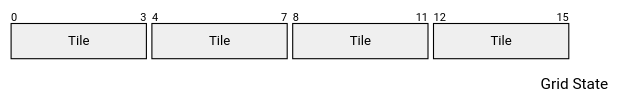
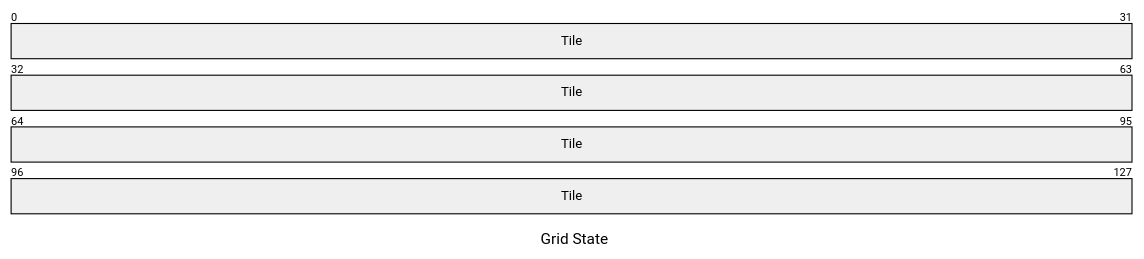
Before and after one commit to Articunolies/CMPM-121-Final: the first of 4 diagrams in README.md, drawn with Mermaid. The commit also changed other lines of this file, not shown here.

Commit message:
Edited mermaid packet diagrams

````diff
--- a/README.md
+++ b/README.md
@@ -13,8 +13,8 @@
 ```mermaid
     packet-beta
     title Grid State
-    0-3: "Tile"
-    4-7: "Tile"
-    8-11: "Tile"
-    12-15: "Tile"
+    0-31: "Tile"
+    32-63: "Tile"
+    64-95: "Tile"
+    96-127: "Tile"
 ```
````
